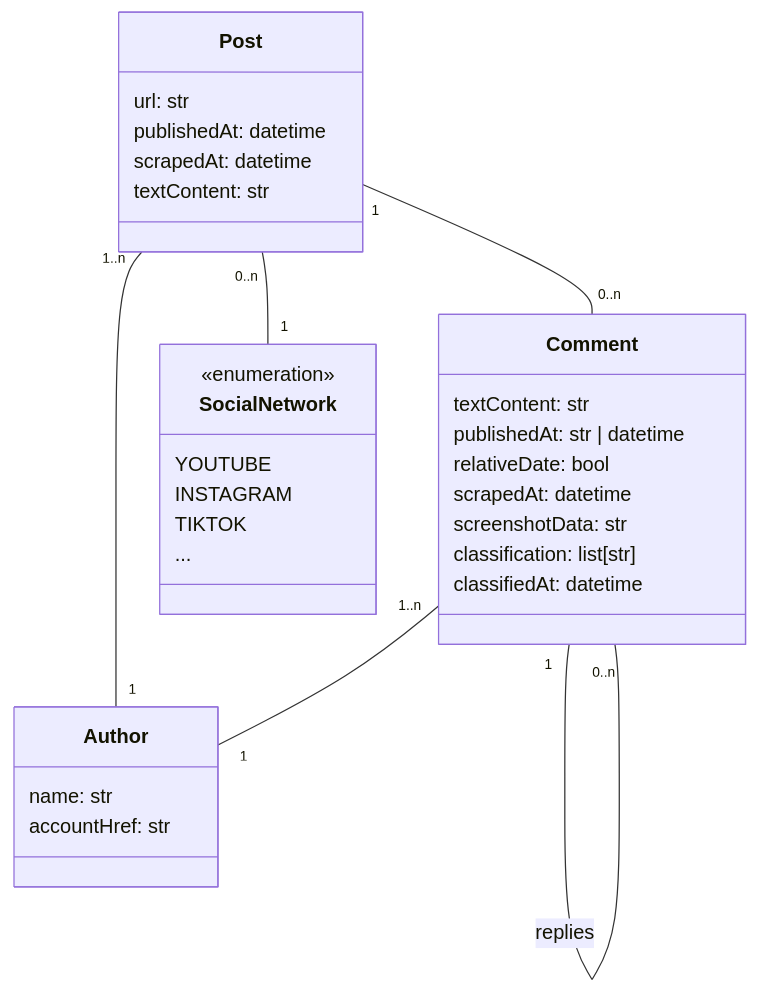
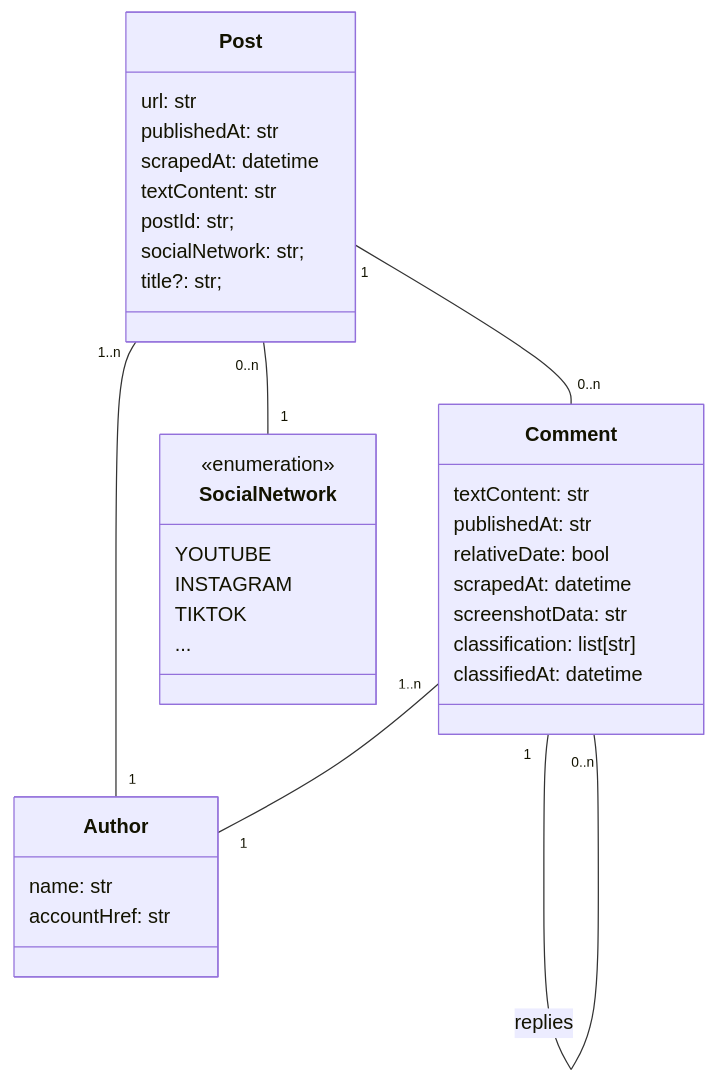
The diagram in docs/frontend/model.md (dataforgoodfr/14_BalanceTesHaters), drawn with Mermaid before and after one commit. The commit also changed 8 other files, not shown here.

````diff
--- a/docs/frontend/model.md
+++ b/docs/frontend/model.md
@@ -4,38 +4,44 @@
 ```mermaid
 classDiagram
     class Post {
         url: str
-        publishedAt: datetime
+        
+        publishedAt: str
+
         scrapedAt: datetime
         textContent: str
+
+        postId: str;
+        socialNetwork: str;
+        title?: str;
     }
     
     class Author {
         name: str
         accountHref: str
     }
 
     class Comment {
         textContent: str
-        publishedAt: str | datetime
+        publishedAt: str
         relativeDate: bool
         scrapedAt: datetime
         screenshotData: str
         classification: list[str]
         classifiedAt: datetime
     }
 
     class SocialNetwork {
         <<enumeration>>
         YOUTUBE
         INSTAGRAM
         TIKTOK
         ...
     }
 
     Post "1..n" -- "1" Author
     Post "0..n" -- "1" SocialNetwork
     Post "1" -- "0..n" Comment
     Comment "1..n" -- "1" Author
     Comment "1" -- "0..n" Comment : replies
 ```
````
